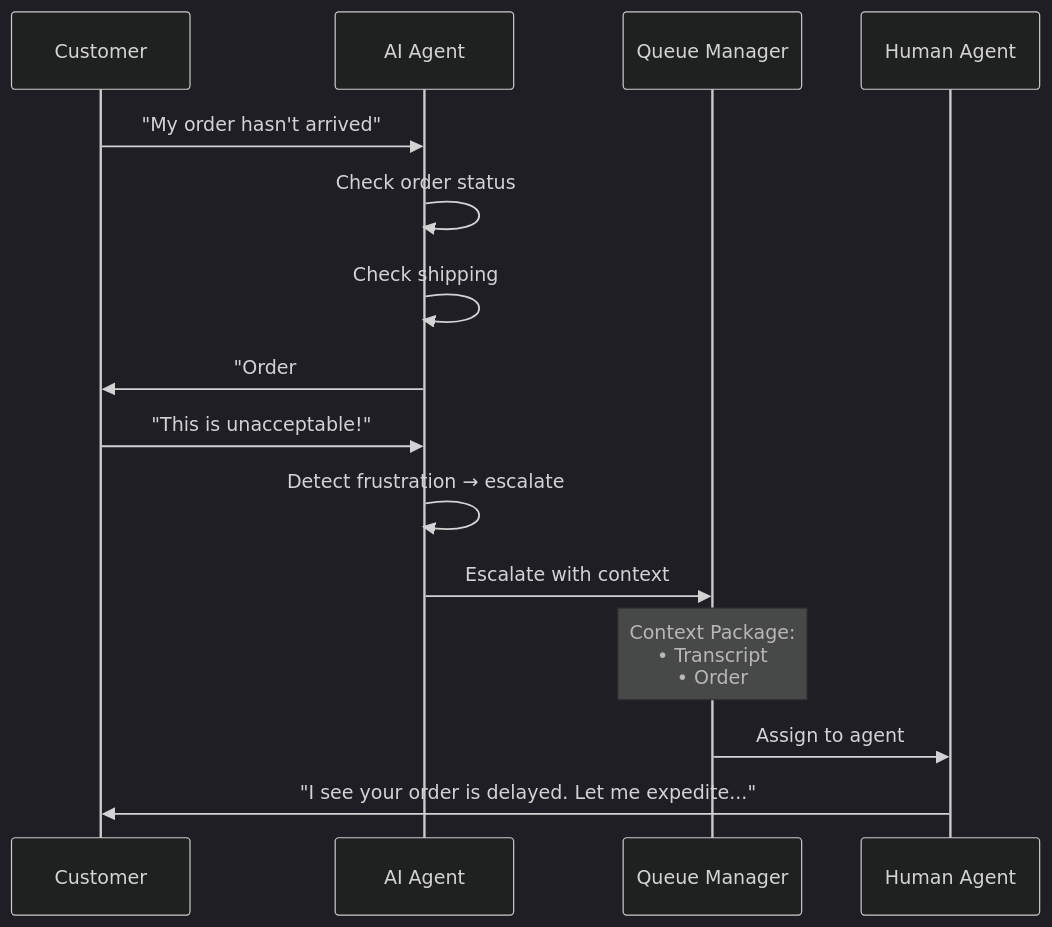
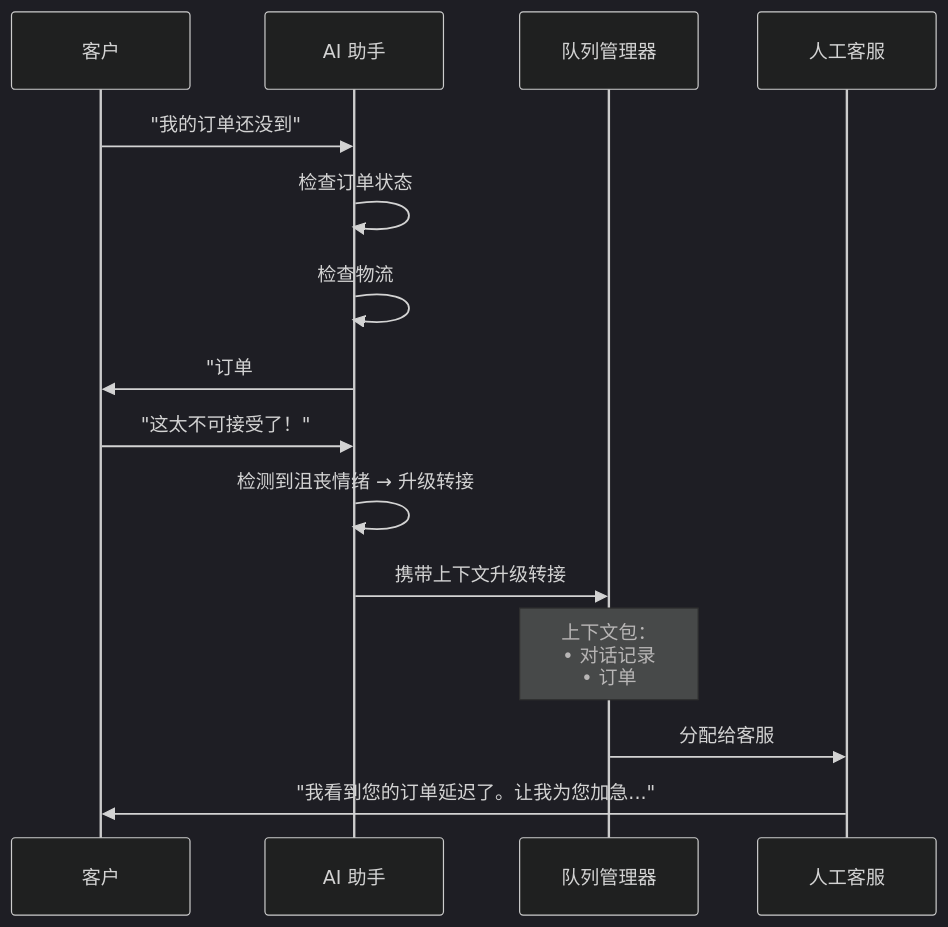
The second of 4 diagrams in i18n/zh/docusaurus-plugin-content-docs/current/09-human-handoff.md (stars-labs/ai-driven-customer-service), drawn with Mermaid (dark theme) before and after one commit. The commit also changed other lines of this file and 15 other files, not shown here.

````diff
--- a/i18n/zh/docusaurus-plugin-content-docs/current/09-human-handoff.md
+++ b/i18n/zh/docusaurus-plugin-content-docs/current/09-human-handoff.md
@@ -76,18 +76,18 @@
 ```mermaid
 sequenceDiagram
-    participant C as Customer
-    participant AI as AI Agent
-    participant Q as Queue Manager
-    participant H as Human Agent
+    participant C as 客户
+    participant AI as AI 助手
+    participant Q as 队列管理器
+    participant H as 人工客服
 
-    C->>AI: "My order hasn't arrived"
-    AI->>AI: Check order status
-    AI->>AI: Check shipping
-    AI->>C: "Order #12345 shipped Jan 10"
-    C->>AI: "This is unacceptable!"
-    AI->>AI: Detect frustration → escalate
-    AI->>Q: Escalate with context
-    Note over Q: Context Package:<br/>• Transcript<br/>• Order #12345 status<br/>• Customer: 3yr, 50 orders<br/>• Sentiment: frustrated<br/>• AI tried: status check
-    Q->>H: Assign to agent
-    H->>C: "I see your order is delayed. Let me expedite..."
+    C->>AI: "我的订单还没到"
+    AI->>AI: 检查订单状态
+    AI->>AI: 检查物流
+    AI->>C: "订单 #12345 已于 1 月 10 日发货"
+    C->>AI: "这太不可接受了！"
+    AI->>AI: 检测到沮丧情绪 → 升级转接
+    AI->>Q: 携带上下文升级转接
+    Note over Q: 上下文包：<br/>• 对话记录<br/>• 订单 #12345 状态<br/>• 客户：3 年，50 个订单<br/>• 情感：沮丧<br/>• AI 尝试过：状态检查
+    Q->>H: 分配给客服
+    H->>C: "我看到您的订单延迟了。让我为您加急..."
 ```
````
